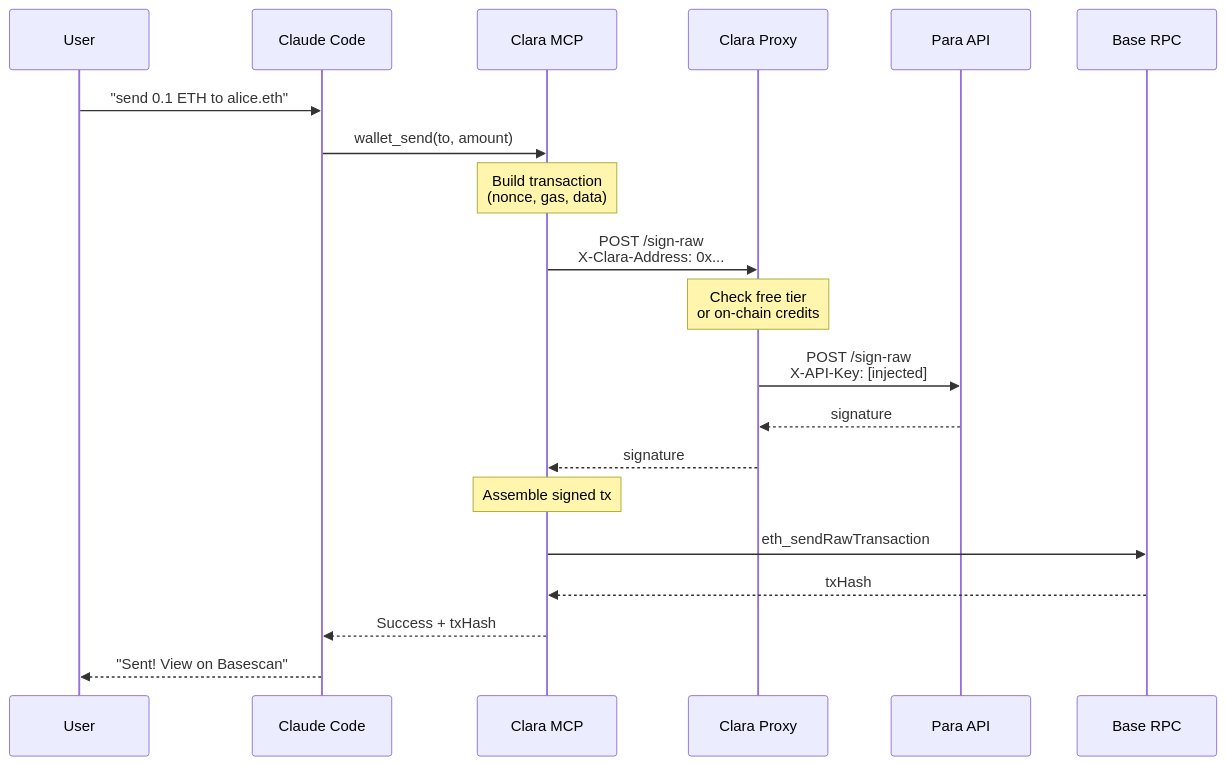
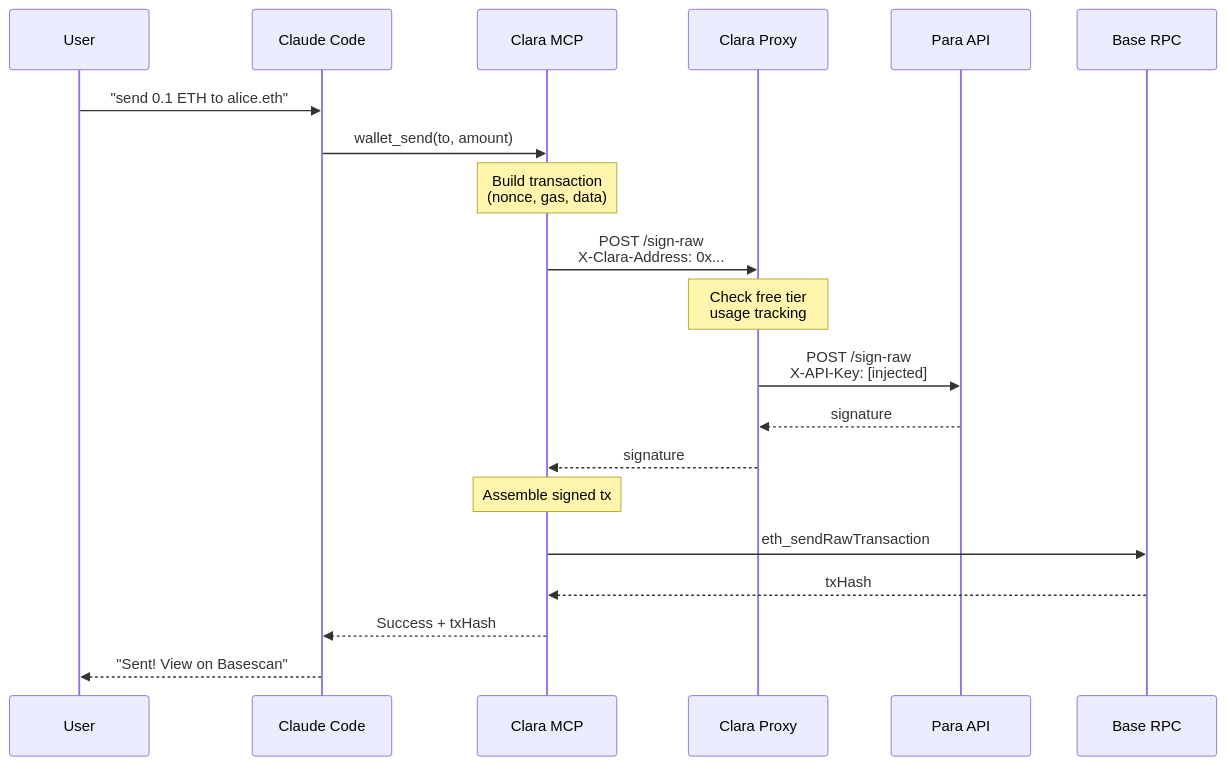
One commit to bflynn4141/clara-mcp changed the third of 5 diagrams in docs/diagrams/CLARA_SYSTEM.md. Above: the diagram before and after it, drawn with Mermaid. The commit also changed other lines of this file and 135 other files, not shown here.

````diff
--- a/docs/diagrams/CLARA_SYSTEM.md
+++ b/docs/diagrams/CLARA_SYSTEM.md
@@ -76,29 +70,29 @@
 ```mermaid
 sequenceDiagram
     participant U as User
     participant C as Claude Code
     participant M as Clara MCP
     participant P as Clara Proxy
     participant A as Para API
     participant R as Base RPC
 
     U->>C: "send 0.1 ETH to alice.eth"
     C->>M: wallet_send(to, amount)
 
     Note over M: Build transaction<br/>(nonce, gas, data)
 
     M->>P: POST /sign-raw<br/>X-Clara-Address: 0x...
 
-    Note over P: Check free tier<br/>or on-chain credits
+    Note over P: Check free tier<br/>usage tracking
 
     P->>A: POST /sign-raw<br/>X-API-Key: [injected]
     A-->>P: signature
     P-->>M: signature
 
     Note over M: Assemble signed tx
 
     M->>R: eth_sendRawTransaction
     R-->>M: txHash
     M-->>C: Success + txHash
     C-->>U: "Sent! View on Basescan"
 ```
````
